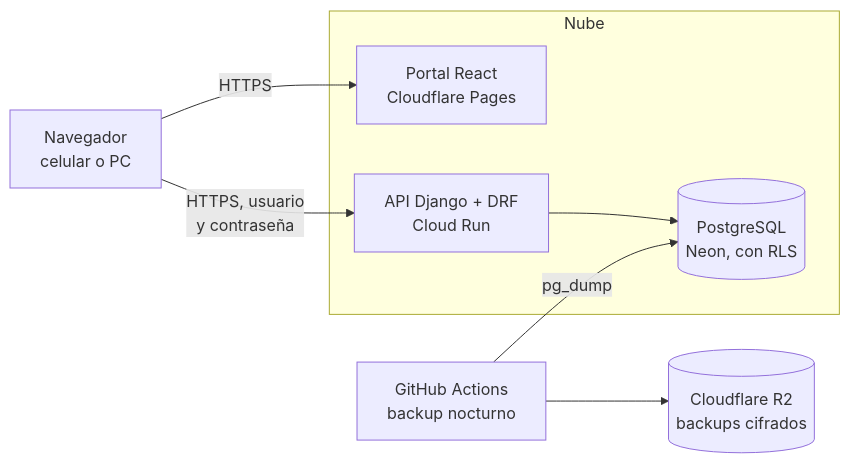
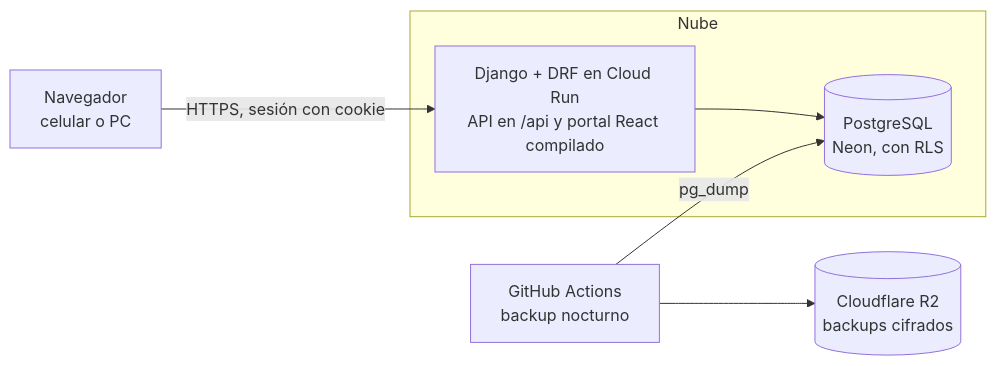
One commit to aleharo2003/floky-cuadernos changed the second of 5 diagrams in docs/diagramas/01-arquitectura.md. Above: the diagram before and after it, drawn with Mermaid. The commit also changed other lines of this file and 23 other files, not shown here.

````diff
--- a/docs/diagramas/01-arquitectura.md
+++ b/docs/diagramas/01-arquitectura.md
@@ -40,16 +40,14 @@
 ```mermaid
 flowchart LR
     Nav["Navegador<br/>celular o PC"]
     subgraph Nube["Nube"]
-        Portal["Portal React<br/>Cloudflare Pages"]
-        API["API Django + DRF<br/>Cloud Run"]
+        App["Django + DRF en Cloud Run<br/>API en /api y portal React compilado"]
         PG[("PostgreSQL<br/>Neon, con RLS")]
     end
     GA["GitHub Actions<br/>backup nocturno"]
     R2[("Cloudflare R2<br/>backups cifrados")]
-    Nav -->|"HTTPS"| Portal
-    Nav -->|"HTTPS, usuario<br/>y contraseña"| API
-    API --> PG
+    Nav -->|"HTTPS, sesión con cookie"| App
+    App --> PG
     GA -->|"pg_dump"| PG
     GA --> R2
 ```
````
